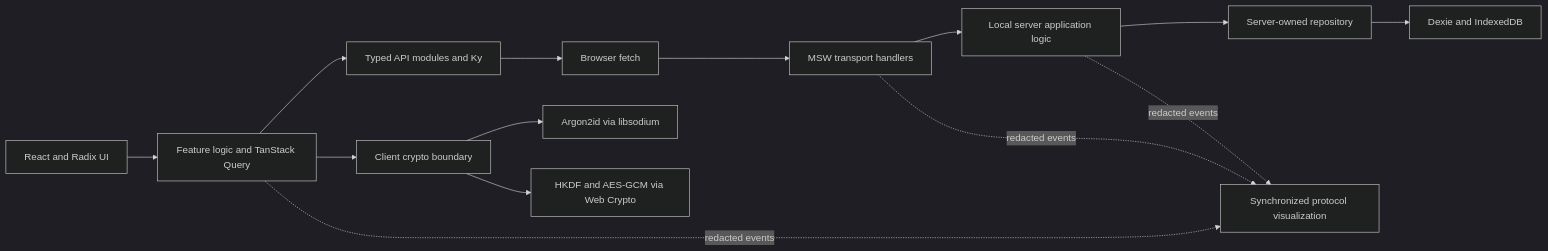
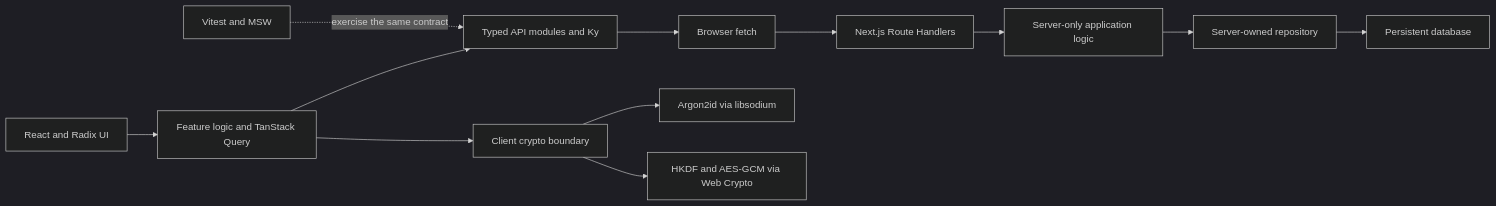
The diagram in README.md (santiagoa58/blind-journal), drawn with Mermaid (dark theme) before and after one commit. The commit also changed other lines of this file and 58 other files, not shown here.

Commit message:
feat: updated journal text editor to have cleaner UX. Added real API impl, not just local-server

````diff
--- a/README.md
+++ b/README.md
@@ -143,18 +132,16 @@
 ```mermaid
 flowchart LR
     UI["React and Radix UI"] --> State["Feature logic and TanStack Query"]
     State --> API["Typed API modules and Ky"]
     API --> Fetch["Browser fetch"]
-    Fetch --> MSW["MSW transport handlers"]
-    MSW --> Server["Local server application logic"]
+    Fetch --> Routes["Next.js Route Handlers"]
+    Routes --> Server["Server-only application logic"]
     Server --> Repository["Server-owned repository"]
-    Repository --> Database["Dexie and IndexedDB"]
+    Repository --> Database["Persistent database"]
 
     State --> Crypto["Client crypto boundary"]
     Crypto --> Sodium["Argon2id via libsodium"]
     Crypto --> WebCrypto["HKDF and AES-GCM via Web Crypto"]
 
-    State -. redacted events .-> Visualization["Synchronized protocol visualization"]
-    MSW -. redacted events .-> Visualization
-    Server -. redacted events .-> Visualization
+    Tests["Vitest and MSW"] -. exercise the same contract .-> API
 ```
````
